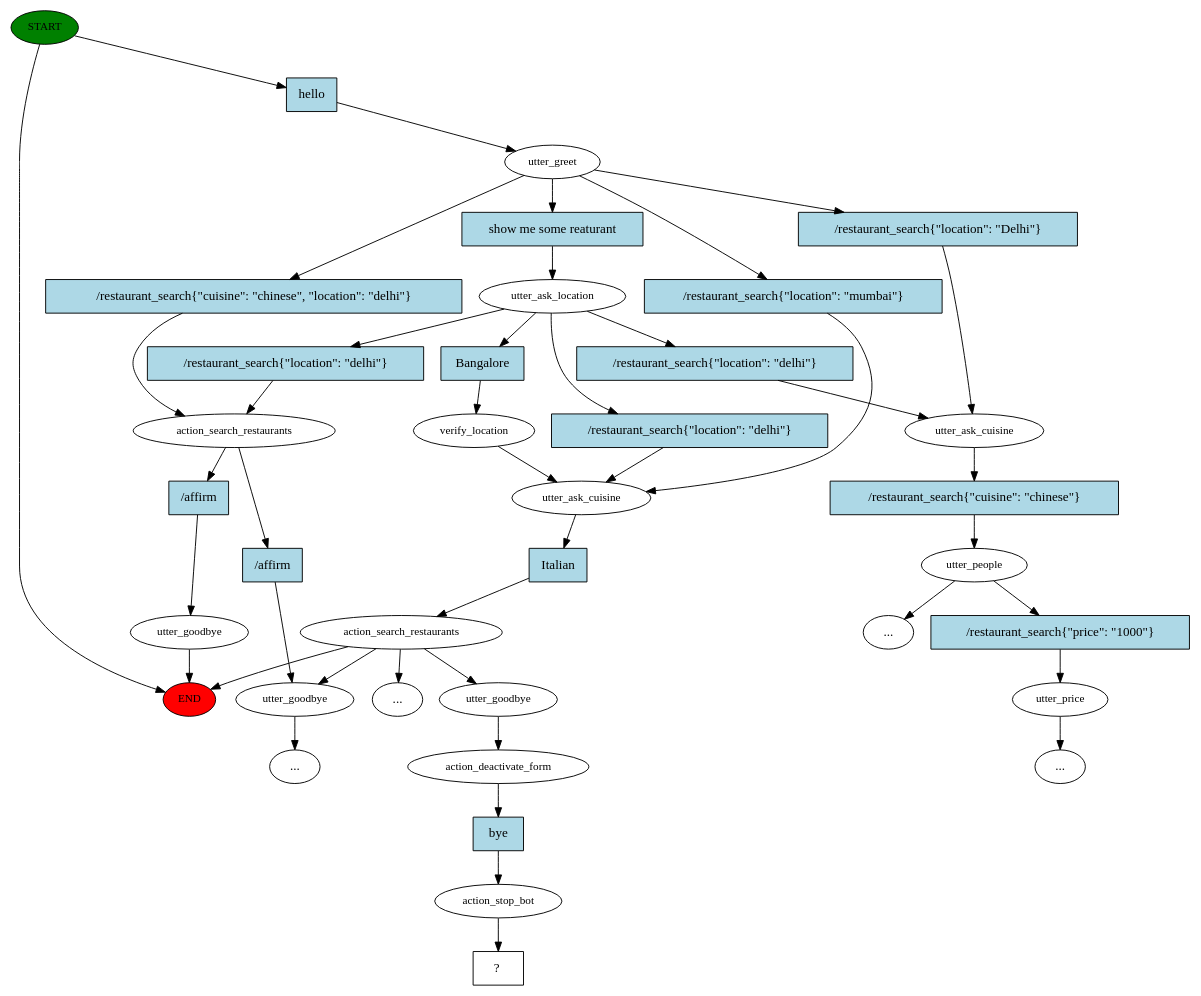
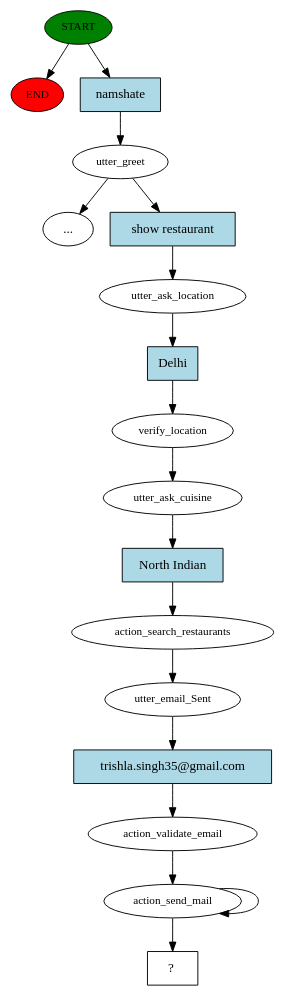
One commit to RakeshKumar045/Restaurant_Rasa_Chatbot_Python changed the diagram in story_graph.dot. Above: the diagram before and after it, drawn with Graphviz. The commit also changed 4 other files, not shown here.

```diff
--- a/story_graph.dot
+++ b/story_graph.dot
@@ -1,80 +1,36 @@
 digraph  {
 0 [class="start active", fillcolor=green, fontsize=12, label=START, style=filled];
 "-1" [class=end, fillcolor=red, fontsize=12, label=END, style=filled];
 1 [class=active, fontsize=12, label=utter_greet];
-2 [class=active, fontsize=12, label=utter_ask_location];
-3 [class=active, fontsize=12, label=utter_ask_cuisine];
-4 [class=active, fontsize=12, label=action_search_restaurants];
-5 [class="", fontsize=12, label=utter_goodbye];
-20 [class="", fontsize=12, label=utter_ask_cuisine];
-21 [class="", fontsize=12, label=utter_people];
-22 [class="", fontsize=12, label=utter_price];
-"-6" [class=ellipsis, label="..."];
-"-7" [class=ellipsis, label="..."];
-27 [class="", fontsize=12, label=action_search_restaurants];
-"-8" [class=ellipsis, label="..."];
-32 [class="", fontsize=12, label=utter_goodbye];
-"-9" [class=ellipsis, label="..."];
-38 [class=active, fontsize=12, label=verify_location];
-41 [class=active, fontsize=12, label=utter_goodbye];
-42 [class=active, fontsize=12, label=action_deactivate_form];
-43 [class=active, fontsize=12, label=action_stop_bot];
-44 [class="intent dashed active", label="  ?  ", shape=rect];
-45 [class="intent active", fillcolor=lightblue, label=hello, shape=rect, style=filled];
-46 [class="intent active", fillcolor=lightblue, label="show me some reaturant", shape=rect, style=filled];
-47 [class=intent, fillcolor=lightblue, label="/restaurant_search{\"cuisine\": \"chinese\", \"location\": \"delhi\"}", shape=rect, style=filled];
-48 [class=intent, fillcolor=lightblue, label="/restaurant_search{\"location\": \"mumbai\"}", shape=rect, style=filled];
-49 [class=intent, fillcolor=lightblue, label="/restaurant_search{\"location\": \"Delhi\"}", shape=rect, style=filled];
-50 [class=intent, fillcolor=lightblue, label="/restaurant_search{\"location\": \"delhi\"}", shape=rect, style=filled];
-51 [class=intent, fillcolor=lightblue, label="/restaurant_search{\"location\": \"delhi\"}", shape=rect, style=filled];
-52 [class="intent active", fillcolor=lightblue, label=Bangalore, shape=rect, style=filled];
-53 [class=intent, fillcolor=lightblue, label="/restaurant_search{\"location\": \"delhi\"}", shape=rect, style=filled];
-54 [class="intent active", fillcolor=lightblue, label=Italian, shape=rect, style=filled];
-55 [class=intent, fillcolor=lightblue, label="/restaurant_search{\"cuisine\": \"chinese\"}", shape=rect, style=filled];
-56 [class=intent, fillcolor=lightblue, label="/restaurant_search{\"price\": \"1000\"}", shape=rect, style=filled];
-57 [class=intent, fillcolor=lightblue, label="/affirm", shape=rect, style=filled];
-58 [class=intent, fillcolor=lightblue, label="/affirm", shape=rect, style=filled];
-59 [class="intent active", fillcolor=lightblue, label=bye, shape=rect, style=filled];
+"-13" [class=ellipsis, label="..."];
+13 [class=active, fontsize=12, label=utter_ask_location];
+14 [class=active, fontsize=12, label=verify_location];
+15 [class=active, fontsize=12, label=utter_ask_cuisine];
+16 [class=active, fontsize=12, label=action_search_restaurants];
+17 [class=active, fontsize=12, label=utter_email_Sent];
+18 [class=active, fontsize=12, label=action_validate_email];
+19 [class=active, fontsize=12, label=action_send_mail];
+21 [class="intent dashed active", label="  ?  ", shape=rect];
+22 [class="intent active", fillcolor=lightblue, label=namshate, shape=rect, style=filled];
+23 [class="intent active", fillcolor=lightblue, label="show restaurant", shape=rect, style=filled];
+24 [class="intent active", fillcolor=lightblue, label=Delhi, shape=rect, style=filled];
+25 [class="intent active", fillcolor=lightblue, label="North Indian", shape=rect, style=filled];
+26 [class="intent active", fillcolor=lightblue, label="trishla.singh35@gmail.com", shape=rect, style=filled];
 0 -> "-1"  [class="", key=NONE, label=""];
-0 -> 45  [class=active, key=0];
-1 -> 46  [class=active, key=0];
-1 -> 47  [class="", key=0];
-1 -> 48  [class="", key=0];
-1 -> 49  [class="", key=0];
-2 -> 50  [class="", key=0];
-2 -> 51  [class="", key=0];
-2 -> 52  [class=active, key=0];
-2 -> 53  [class="", key=0];
-3 -> 54  [class=active, key=0];
-4 -> 5  [class="", key=NONE, label=""];
-4 -> "-1"  [class="", key=NONE, label=""];
-4 -> "-7"  [class="", key=NONE, label=""];
-4 -> 41  [class=active, key=NONE, label=""];
-5 -> "-8"  [class="", key=NONE, label=""];
-20 -> 55  [class="", key=0];
-21 -> "-9"  [class="", key=NONE, label=""];
-21 -> 56  [class="", key=0];
-22 -> "-6"  [class="", key=NONE, label=""];
-27 -> 57  [class="", key=0];
-27 -> 58  [class="", key=0];
-32 -> "-1"  [class="", key=NONE, label=""];
-38 -> 3  [class=active, key=NONE, label=""];
-41 -> 42  [class=active, key=NONE, label=""];
-42 -> 59  [class=active, key=0];
-43 -> 44  [class=active, key=NONE, label=""];
-45 -> 1  [class=active, key=0];
-46 -> 2  [class=active, key=0];
-47 -> 27  [class="", key=0];
-48 -> 3  [class="", key=0];
-49 -> 20  [class="", key=0];
-50 -> 3  [class="", key=0];
-51 -> 20  [class="", key=0];
-52 -> 38  [class=active, key=0];
-53 -> 27  [class="", key=0];
-54 -> 4  [class=active, key=0];
-55 -> 21  [class="", key=0];
-56 -> 22  [class="", key=0];
-57 -> 5  [class="", key=0];
-58 -> 32  [class="", key=0];
-59 -> 43  [class=active, key=0];
+0 -> 22  [class=active, key=0];
+1 -> "-13"  [class="", key=NONE, label=""];
+1 -> 23  [class=active, key=0];
+13 -> 24  [class=active, key=0];
+14 -> 15  [class=active, key=NONE, label=""];
+15 -> 25  [class=active, key=0];
+16 -> 17  [class=active, key=NONE, label=""];
+17 -> 26  [class=active, key=0];
+18 -> 19  [class=active, key=NONE, label=""];
+19 -> 21  [class=active, key=NONE, label=""];
+19 -> 19  [class=active, key=NONE, label=""];
+22 -> 1  [class=active, key=0];
+23 -> 13  [class=active, key=0];
+24 -> 14  [class=active, key=0];
+25 -> 16  [class=active, key=0];
+26 -> 18  [class=active, key=0];
 }
```
